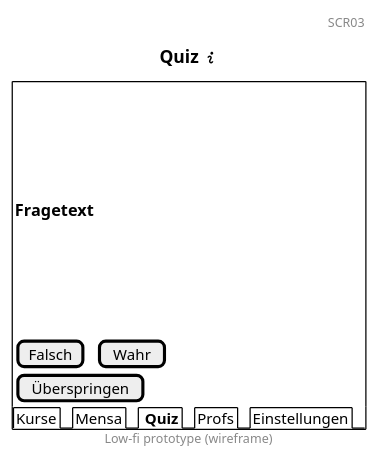
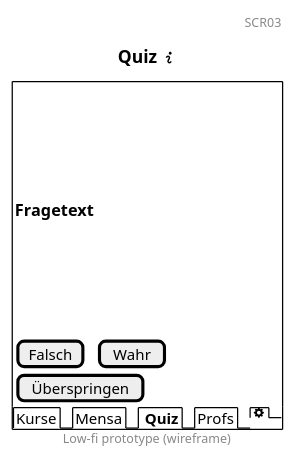
One commit to RobinNunkesser/plantuml changed the diagram in scr3.pu. Above: the diagram before and after it, drawn with PlantUML. The commit also changed 5 other files, not shown here.

```diff
--- a/scr3.pu
+++ b/scr3.pu
@@ -1,24 +1,24 @@
 @startsalt
 title Quiz <&info>
 header SCR03
 footer Low-fi prototype (wireframe)
 {+
 {
     .
     .
     .
     .
     .
     === Fragetext
     .
     .
     .
     .
     .
     [Falsch] | [ Wahr ]
     [Überspringen] | *
 }
-{/ Kurse | Mensa | <b> Quiz | Profs | Einstellungen }
+{/ Kurse | Mensa | <b> Quiz | Profs | <&cog> }
 }
 
 @endsalt
```
